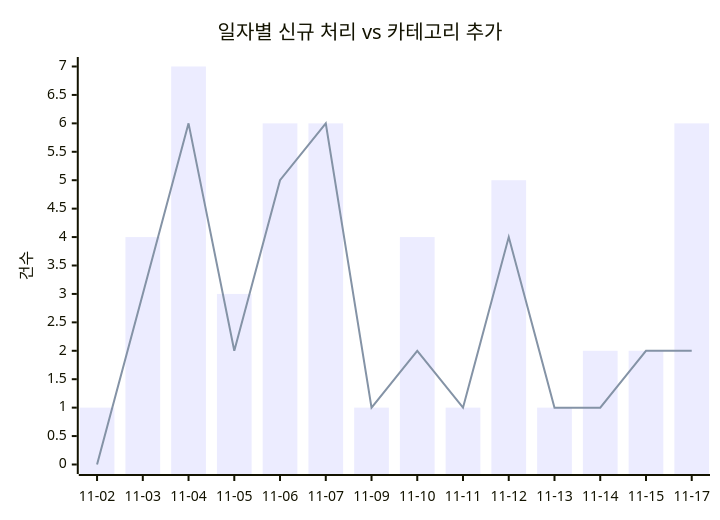
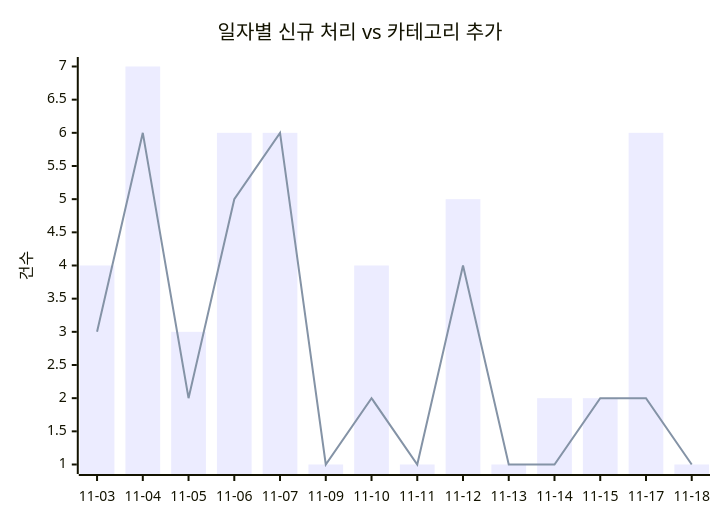
Before and after one commit to J-nowcow/awesome-korean-agent-skills: the first of 2 diagrams in docs/trends.md, drawn with Mermaid. The commit also changed other lines of this file and 4 other files, not shown here.

````diff
--- a/docs/trends.md
+++ b/docs/trends.md
@@ -32,8 +32,8 @@
 ```mermaid
 xychart-beta
     title "일자별 신규 처리 vs 카테고리 추가"
-    x-axis ["11-02","11-03","11-04","11-05","11-06","11-07","11-09","11-10","11-11","11-12","11-13","11-14","11-15","11-17"]
+    x-axis ["11-03","11-04","11-05","11-06","11-07","11-09","11-10","11-11","11-12","11-13","11-14","11-15","11-17","11-18"]
     y-axis "건수"
-    bar [1,4,7,3,6,6,1,4,1,5,1,2,2,6]
-    line [0,3,6,2,5,6,1,2,1,4,1,1,2,2]
+    bar [4,7,3,6,6,1,4,1,5,1,2,2,6,1]
+    line [3,6,2,5,6,1,2,1,4,1,1,2,2,1]
 ```
````
